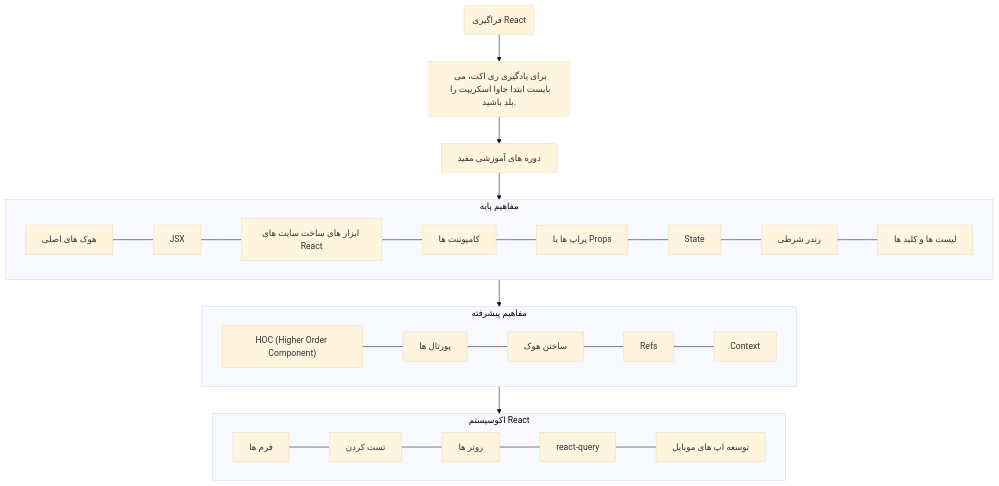
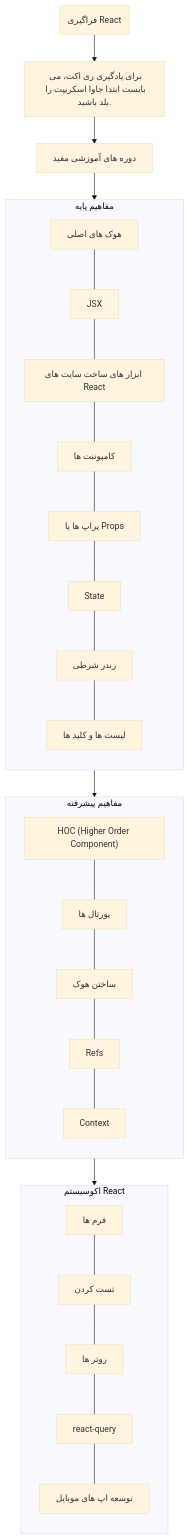
Before and after one commit to masir-me/masir: the diagram in apps/web/data/roadmaps/web-development/react/readme.md, drawn with Mermaid (base theme). The commit also changed 51 other files, not shown here.

````diff
--- a/apps/web/data/roadmaps/web-development/react/readme.md
+++ b/apps/web/data/roadmaps/web-development/react/readme.md
@@ -6,16 +6,19 @@
 ```mermaid
 flowchart TB;
 start(فراگیری React)-->javascript["برای یادگیری ری اکت، می بایست ابتدا جاوا اسکریپت را بلد باشید."];
 javascript-->courses["دوره های آموزشی مفید"]-->fundamentals;
 subgraph fundamentals["مفاهیم پایه"]
+direction TB
 basic-hooks["هوک های اصلی"]---jsx["JSX"]---creation["ابزار های ساخت سایت های React"]---components["کامپوننت ها"]---props["پراپ ها یا Props"]---state["State"]---conditional-rendering["رندر شرطی"]---lists-and-keys["لیست ها و کلید ها"]
 end
 fundamentals-->advanced;
 subgraph advanced["مفاهیم پیشرفته"]
+direction TB
 hoc["HOC (Higher Order Component)"]---portals["پورتال ها"]---writing-your-hook["ساختن هوک"]---refs["Refs"]---context["Context"]
 end
 advanced-->ecosystem
 subgraph ecosystem["اکوسیستم React"]
+direction TB
 forms["فرم ها"]---testing["تست کردن"]---routers["روتر ها"]---react-query["react-query"]---mobile["توسعه اپ های موبایل"]
 end
 ```
````
